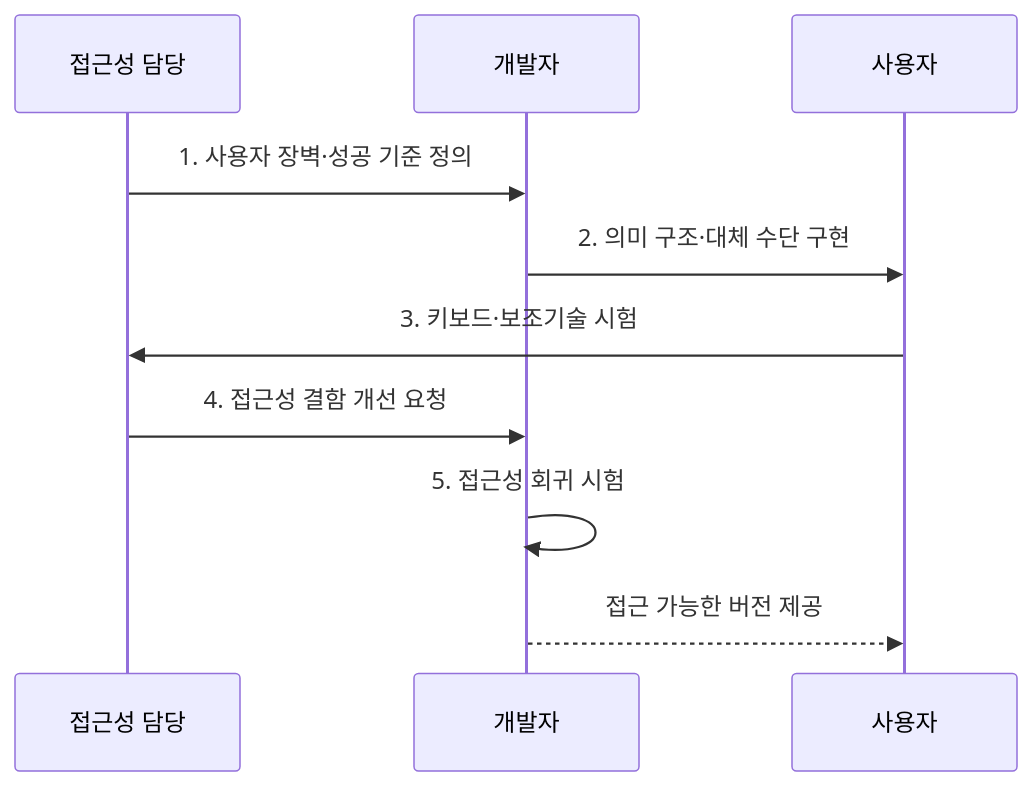
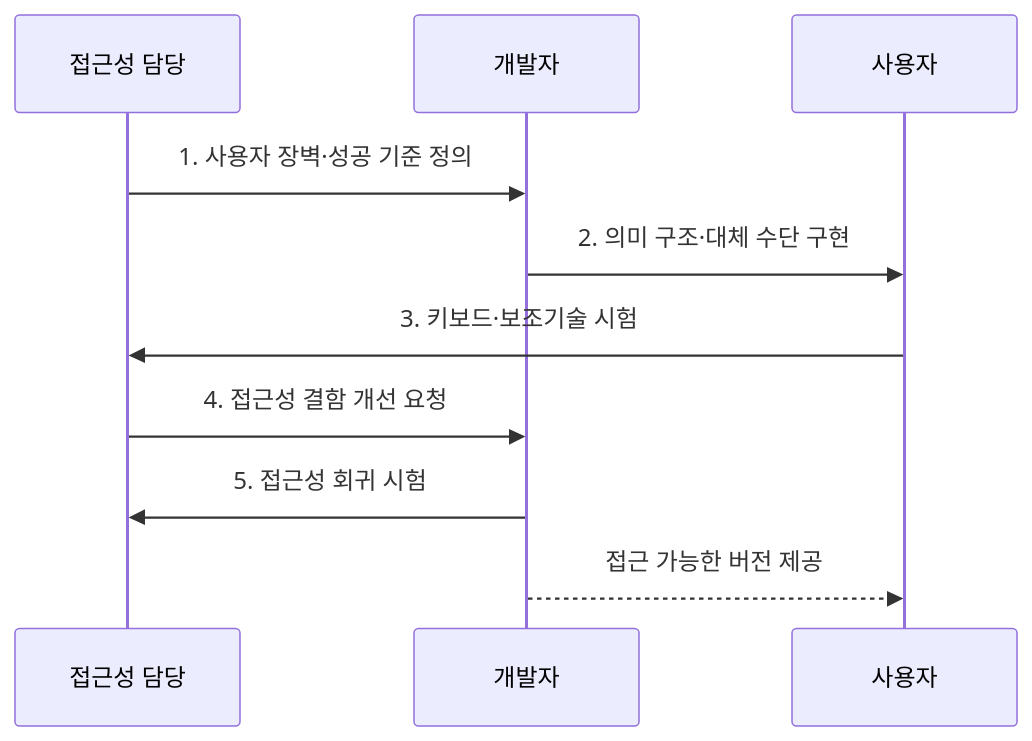
The second of 2 diagrams in src/content/docs/notes/07-law-policy/013_digital_accessibility_wcag.md (agnusdei1207/knowledge-base), drawn with Mermaid before and after one commit. The commit also changed other lines of this file and 12 other files, not shown here.

````diff
--- a/src/content/docs/notes/07-law-policy/013_digital_accessibility_wcag.md
+++ b/src/content/docs/notes/07-law-policy/013_digital_accessibility_wcag.md
@@ -75,12 +75,12 @@
 ```mermaid
 sequenceDiagram
     participant A as 접근성 담당
     participant D as 개발자
     participant U as 사용자
     A->>D: 1. 사용자 장벽·성공 기준 정의
     D->>U: 2. 의미 구조·대체 수단 구현
     U->>A: 3. 키보드·보조기술 시험
     A->>D: 4. 접근성 결함 개선 요청
-    D->>D: 5. 접근성 회귀 시험
+    D->>A: 5. 접근성 회귀 시험
     D-->>U: 접근 가능한 버전 제공
 ```
````
